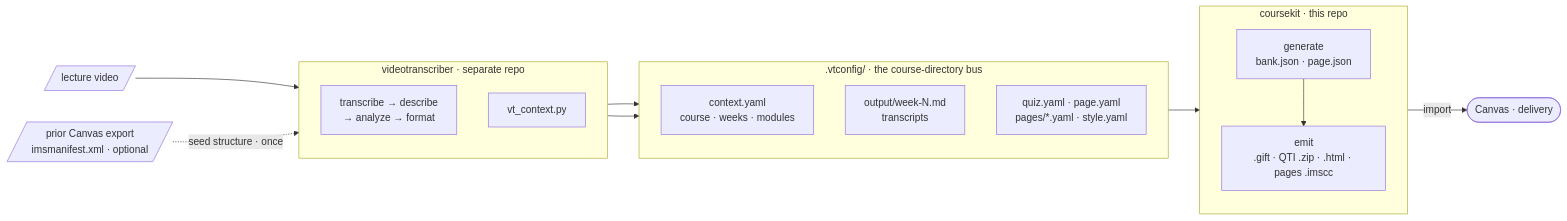
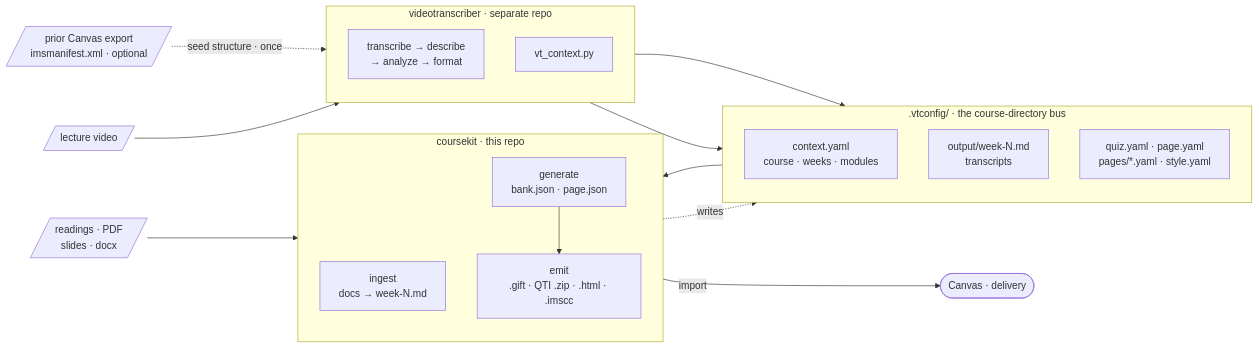
One commit to andrew-atkinson/quizbot changed the first of 3 diagrams in agent/architecture.md. Above: the diagram before and after it, drawn with Mermaid. The commit also changed other lines of this file and 2 other files, not shown here.

First line of the commit message:
docs: bring README/architecture current + triage the backlog

````diff
--- a/agent/architecture.md
+++ b/agent/architecture.md
@@ -20,34 +20,38 @@
 ```mermaid
 flowchart LR
     media[/"lecture video"/]
+    docs[/"readings · PDF<br/>slides · docx"/]
     seed[/"prior Canvas export<br/>imsmanifest.xml · optional"/]
 
     subgraph VT [" videotranscriber · separate repo "]
         direction TB
         vtpipe["transcribe → describe<br/>→ analyze → format"]
         vtctx["vt_context.py"]
     end
 
     subgraph BUS [" .vtconfig/ · the course-directory bus "]
         direction TB
         ctx["context.yaml<br/>course · weeks · modules"]
         md["output/week-N.md<br/>transcripts"]
         cfg["quiz.yaml · page.yaml<br/>pages/*.yaml · style.yaml"]
     end
 
     subgraph CK [" coursekit · this repo "]
         direction TB
+        ingest["ingest<br/>docs → week-N.md"]
         gen["generate<br/>bank.json · page.json"]
-        emit["emit<br/>.gift · QTI .zip · .html · pages .imscc"]
+        emit["emit<br/>.gift · QTI .zip · .html · .imscc"]
         gen --> emit
     end
 
     canvas([" Canvas · delivery "])
 
     media --> vtpipe
+    docs --> ingest
     seed -. "seed structure · once" .-> vtctx
     vtpipe --> md
+    ingest -. "writes" .-> md
     vtctx --> ctx
     BUS --> CK
     emit -- "import" --> canvas
 ```
````
